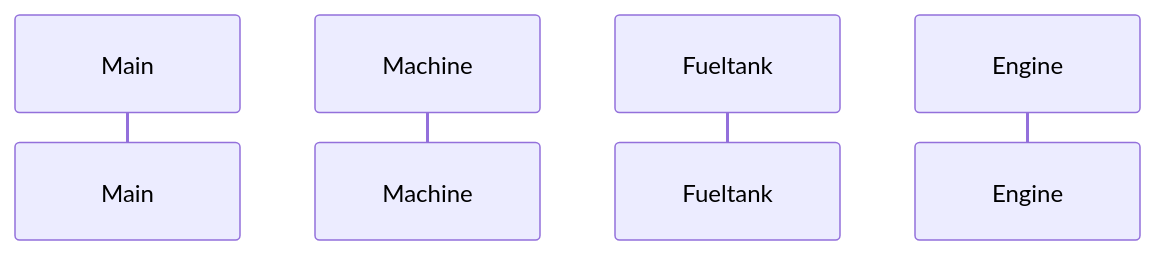
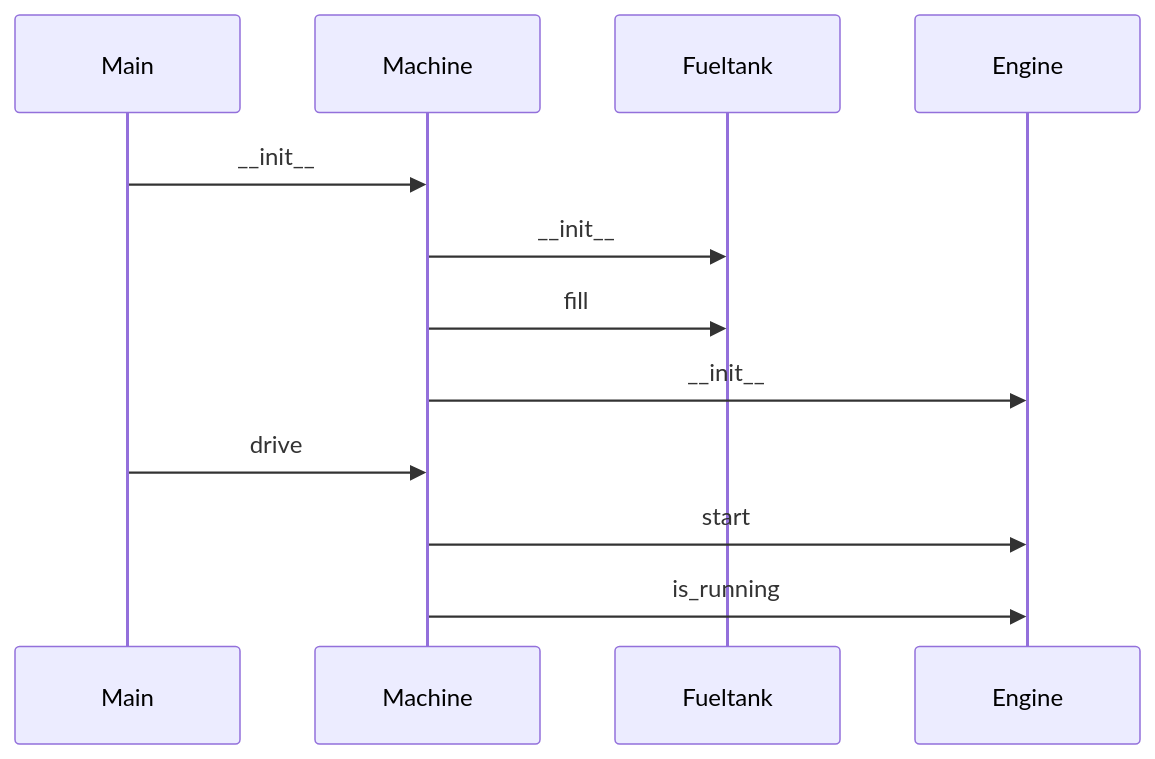
One commit to arolaeemil/ot-harjoitustyo changed the diagram in laskarit/viikko3/Sekvenssikaavio.md. Above: the diagram before and after it, drawn with Mermaid.

````diff
--- a/laskarit/viikko3/Sekvenssikaavio.md
+++ b/laskarit/viikko3/Sekvenssikaavio.md
@@ -1,7 +1,15 @@
 ```mermaid
  sequenceDiagram
     participant Main
     participant Machine
     participant Fueltank
     participant Engine
+    Main->>Machine: __init__
+    Machine->>Fueltank: __init__
+    Machine->>Fueltank: fill
+    Machine->>Engine: __init__
+    Main->>Machine: drive
+    Machine->>Engine: start
+    Machine->>Engine: is_running
+    
 ```
````
